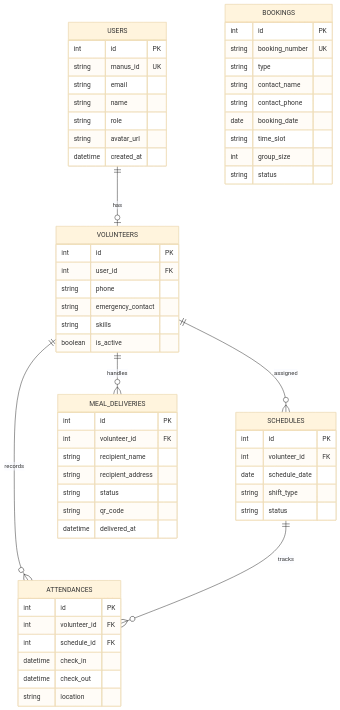
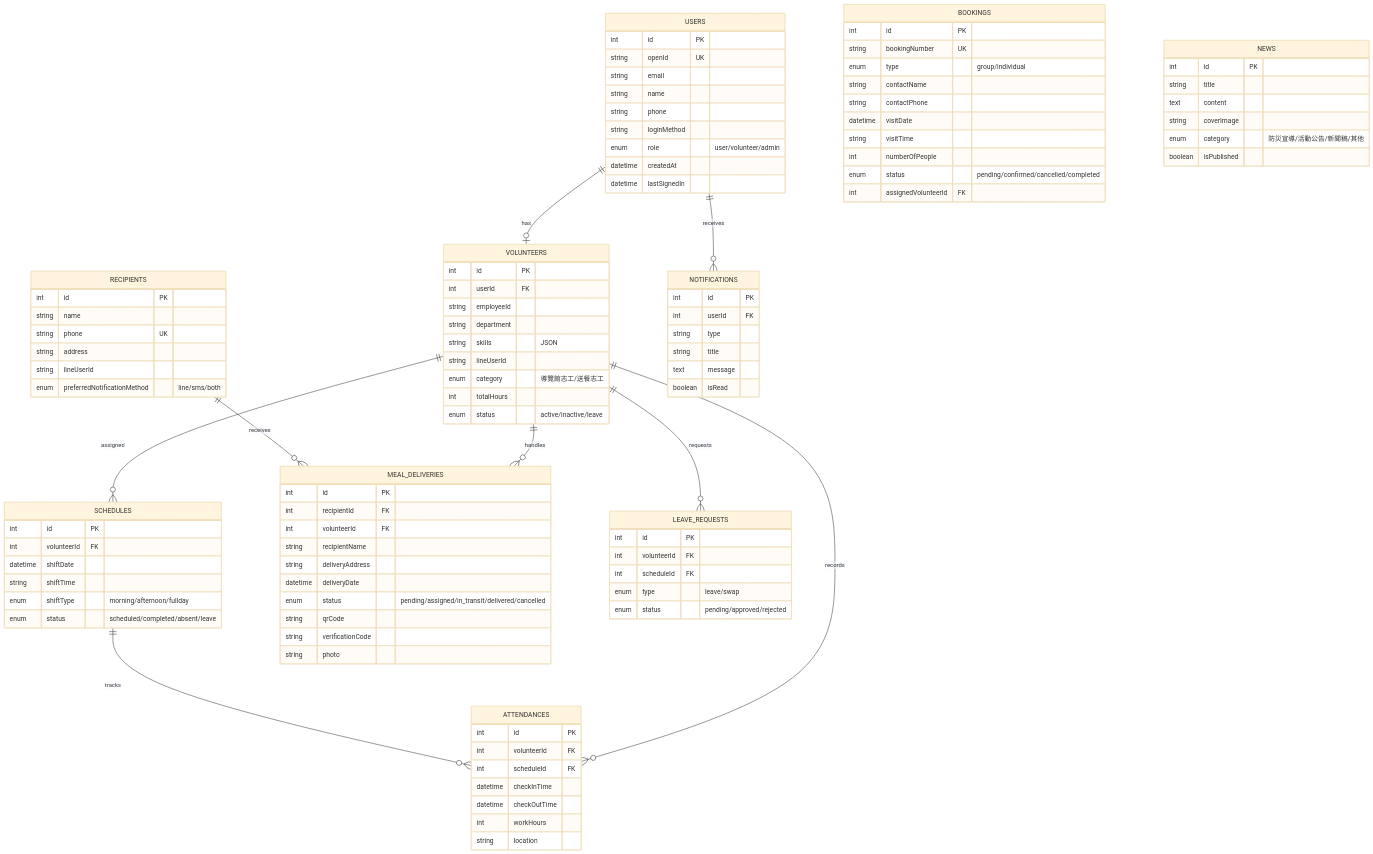
Before and after one commit to Swiftarian/CivicTech: the seventh of 10 diagrams in docs/ARCHITECTURE.md, drawn with Mermaid (base theme). The commit also changed other lines of this file and 1 other file, not shown here.

````diff
--- a/docs/ARCHITECTURE.md
+++ b/docs/ARCHITECTURE.md
@@ -301,65 +306,114 @@
 erDiagram
     USERS {
         int id PK
-        string manus_id UK
+        string openId UK
         string email
         string name
-        string role
-        string avatar_url
-        datetime created_at
+        string phone
+        string loginMethod
+        enum role "user/volunteer/admin"
+        datetime createdAt
+        datetime lastSignedIn
     }
     
     VOLUNTEERS {
         int id PK
-        int user_id FK
-        string phone
-        string emergency_contact
-        string skills
-        boolean is_active
+        int userId FK
+        string employeeId
+        string department
+        string skills "JSON"
+        string lineUserId
+        enum category "導覽館志工/送餐志工"
+        int totalHours
+        enum status "active/inactive/leave"
     }
     
     BOOKINGS {
         int id PK
-        string booking_number UK
-        string type
-        string contact_name
-        string contact_phone
-        date booking_date
-        string time_slot
-        int group_size
-        string status
+        string bookingNumber UK
+        enum type "group/individual"
+        string contactName
+        string contactPhone
+        datetime visitDate
+        string visitTime
+        int numberOfPeople
+        enum status "pending/confirmed/cancelled/completed"
+        int assignedVolunteerId FK
     }
     
     SCHEDULES {
         int id PK
-        int volunteer_id FK
-        date schedule_date
-        string shift_type
-        string status
+        int volunteerId FK
+        datetime shiftDate
+        string shiftTime
+        enum shiftType "morning/afternoon/fullday"
+        enum status "scheduled/completed/absent/leave"
     }
     
     MEAL_DELIVERIES {
         int id PK
-        int volunteer_id FK
-        string recipient_name
-        string recipient_address
-        string status
-        string qr_code
-        datetime delivered_at
+        int recipientId FK
+        int volunteerId FK
+        string recipientName
+        string deliveryAddress
+        datetime deliveryDate
+        enum status "pending/assigned/in_transit/delivered/cancelled"
+        string qrCode
+        string verificationCode
+        string photo
     }
     
     ATTENDANCES {
         int id PK
-        int volunteer_id FK
-        int schedule_id FK
-        datetime check_in
-        datetime check_out
+        int volunteerId FK
+        int scheduleId FK
+        datetime checkInTime
+        datetime checkOutTime
+        int workHours
         string location
+    }
+    
+    RECIPIENTS {
+        int id PK
+        string name
+        string phone UK
+        string address
+        string lineUserId
+        enum preferredNotificationMethod "line/sms/both"
+    }
+    
+    LEAVE_REQUESTS {
+        int id PK
+        int volunteerId FK
+        int scheduleId FK
+        enum type "leave/swap"
+        enum status "pending/approved/rejected"
+    }
+    
+    NOTIFICATIONS {
+        int id PK
+        int userId FK
+        string type
+        string title
+        text message
+        boolean isRead
+    }
+    
+    NEWS {
+        int id PK
+        string title
+        text content
+        string coverImage
+        enum category "防災宣導/活動公告/新聞稿/其他"
+        boolean isPublished
     }
     
     USERS ||--o| VOLUNTEERS : has
     VOLUNTEERS ||--o{ SCHEDULES : assigned
     VOLUNTEERS ||--o{ MEAL_DELIVERIES : handles
     VOLUNTEERS ||--o{ ATTENDANCES : records
+    VOLUNTEERS ||--o{ LEAVE_REQUESTS : requests
     SCHEDULES ||--o{ ATTENDANCES : tracks
+    RECIPIENTS ||--o{ MEAL_DELIVERIES : receives
+    USERS ||--o{ NOTIFICATIONS : receives
 ```
````
